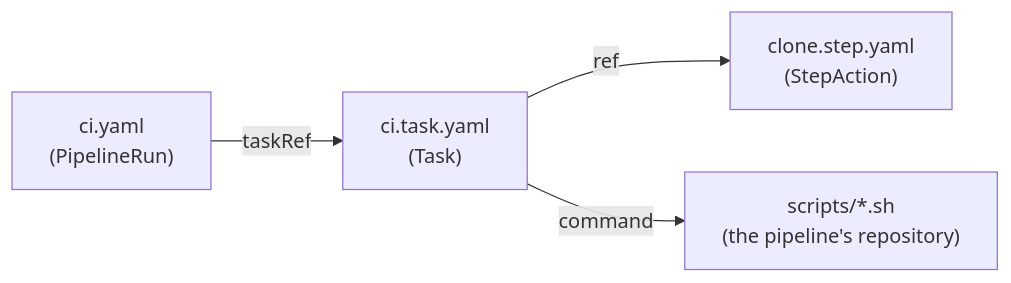
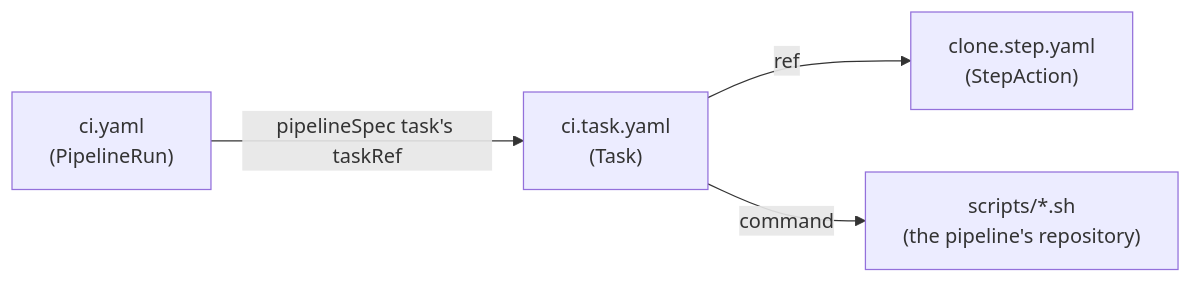
One commit to arikkfir-org/tooling changed the diagram in docs/tooling/designs/tekton-files.md. Above: the diagram before and after it, drawn with Mermaid. The commit also changed other lines of this file and 1 other file, not shown here.

First line of the commit message:
docs: reference Tasks from pipelineSpec, and add failure modes

````diff
--- a/docs/tooling/designs/tekton-files.md
+++ b/docs/tooling/designs/tekton-files.md
@@ -24,6 +24,6 @@
 ```mermaid
 flowchart LR
-  PR["ci.yaml<br/>(PipelineRun)"] -- taskRef --> T["ci.task.yaml<br/>(Task)"]
+  PR["ci.yaml<br/>(PipelineRun)"] -- "pipelineSpec task's taskRef" --> T["ci.task.yaml<br/>(Task)"]
   T -- "ref" --> S["clone.step.yaml<br/>(StepAction)"]
   T -- "command" --> X["scripts/*.sh<br/>(the pipeline's repository)"]
 ```
````
